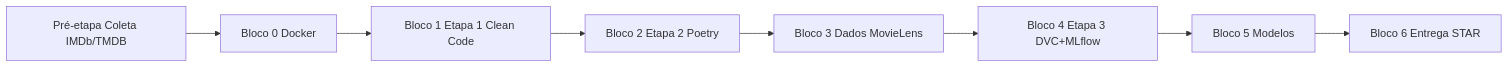
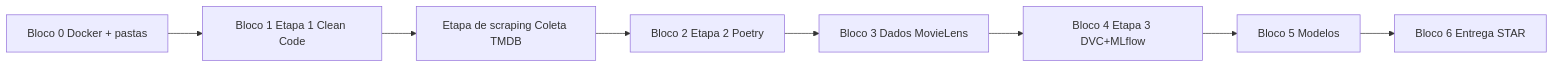
The diagram in TODO.md (ViniciusSolon/9mlet-tech-challenge-2-movie-rec-sys), drawn with Mermaid before and after one commit. The commit also changed other lines of this file and 74 other files, not shown here.

````diff
--- a/TODO.md
+++ b/TODO.md
@@ -198,10 +200,10 @@
 ```mermaid
 flowchart LR
-    PRE[Pré-etapa Coleta IMDb/TMDB] --> B0[Bloco 0 Docker]
-    B0 --> B1[Bloco 1 Etapa 1 Clean Code]
-    B1 --> B2[Bloco 2 Etapa 2 Poetry]
+    B0[Bloco 0 Docker + pastas] --> B1[Bloco 1 Etapa 1 Clean Code]
+    B1 --> PRE[Etapa de scraping Coleta TMDB]
+    PRE --> B2[Bloco 2 Etapa 2 Poetry]
     B2 --> B3[Bloco 3 Dados MovieLens]
     B3 --> B4[Bloco 4 Etapa 3 DVC+MLflow]
     B4 --> B5[Bloco 5 Modelos]
     B5 --> B6[Bloco 6 Entrega STAR]
 ```
````
